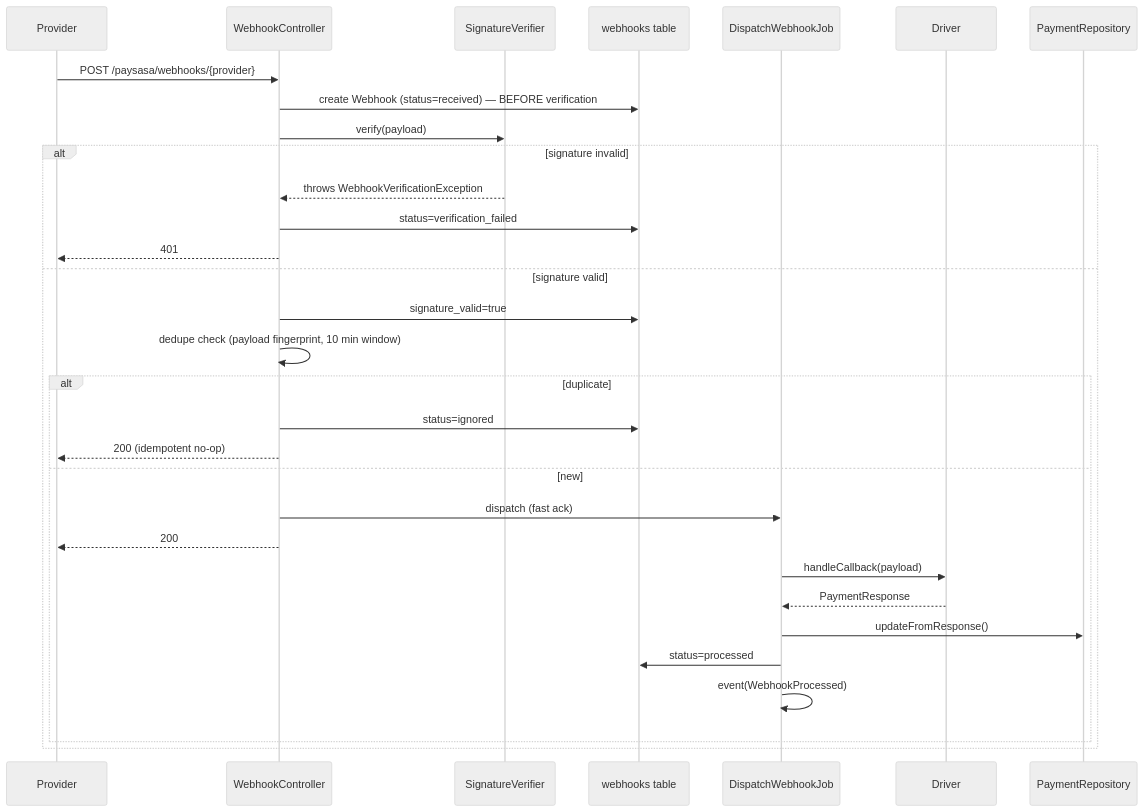
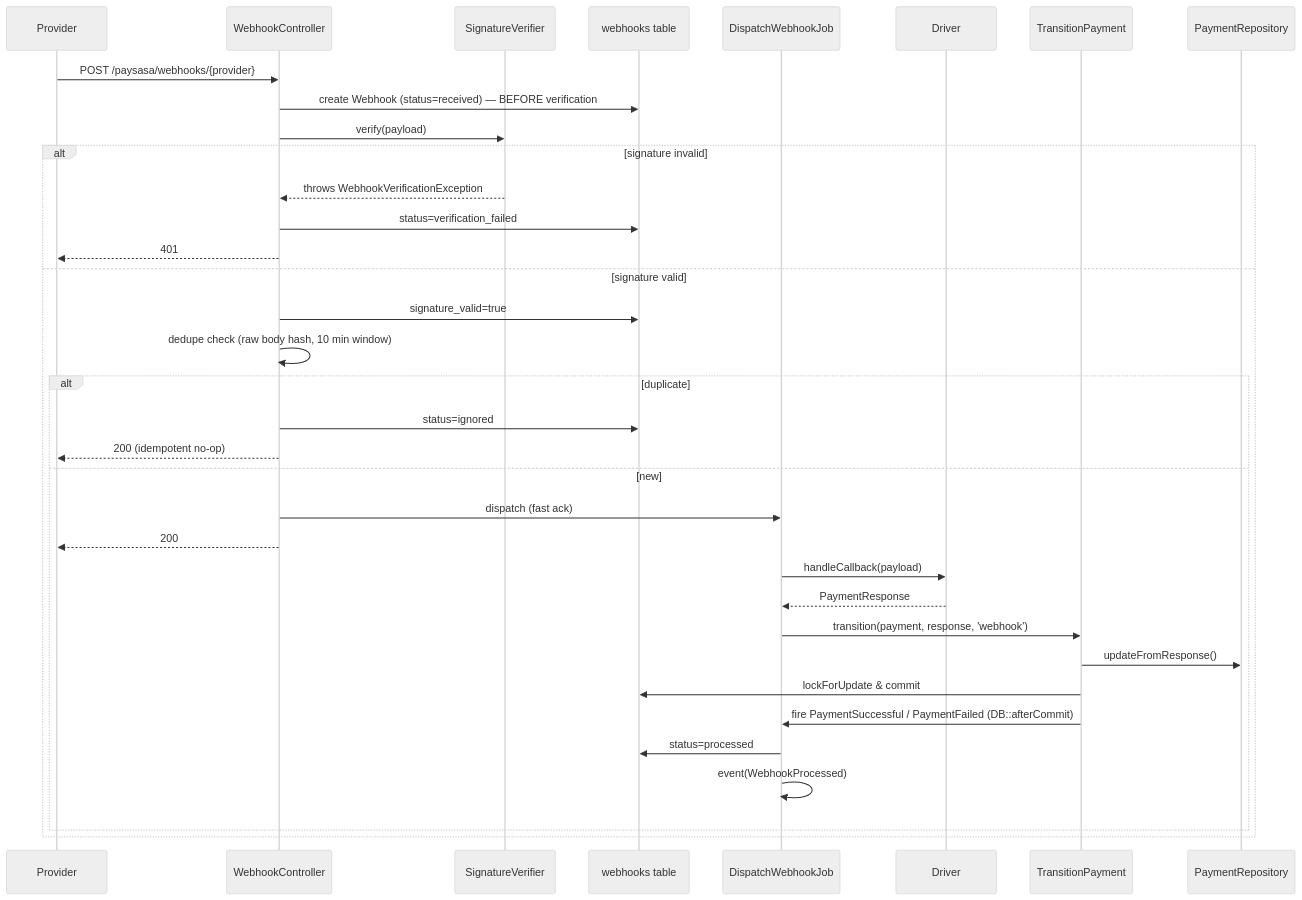
The fourth of 7 diagrams in Documentation/04-architecture.md (cyrus-48/paysasa), drawn with Mermaid (neutral theme) before and after one commit. The commit also changed other lines of this file and 74 other files, not shown here.

````diff
--- a/Documentation/04-architecture.md
+++ b/Documentation/04-architecture.md
@@ -140,34 +140,38 @@
 ```mermaid
 sequenceDiagram
     participant Provider
     participant Ctrl as WebhookController
     participant Verifier as SignatureVerifier
     participant DB as webhooks table
     participant Job as DispatchWebhookJob
     participant Driver
+    participant Action as TransitionPayment
     participant Repo as PaymentRepository
 
     Provider->>Ctrl: POST /paysasa/webhooks/{provider}
     Ctrl->>DB: create Webhook (status=received) — BEFORE verification
     Ctrl->>Verifier: verify(payload)
     alt signature invalid
         Verifier-->>Ctrl: throws WebhookVerificationException
         Ctrl->>DB: status=verification_failed
         Ctrl-->>Provider: 401
     else signature valid
         Ctrl->>DB: signature_valid=true
-        Ctrl->>Ctrl: dedupe check (payload fingerprint, 10 min window)
+        Ctrl->>Ctrl: dedupe check (raw body hash, 10 min window)
         alt duplicate
             Ctrl->>DB: status=ignored
             Ctrl-->>Provider: 200 (idempotent no-op)
         else new
             Ctrl->>Job: dispatch (fast ack)
             Ctrl-->>Provider: 200
             Job->>Driver: handleCallback(payload)
             Driver-->>Job: PaymentResponse
-            Job->>Repo: updateFromResponse()
+            Job->>Action: transition(payment, response, 'webhook')
+            Action->>Repo: updateFromResponse()
+            Action->>DB: lockForUpdate & commit
+            Action->>Job: fire PaymentSuccessful / PaymentFailed (DB::afterCommit)
             Job->>DB: status=processed
             Job->>Job: event(WebhookProcessed)
         end
     end
 ```
````
